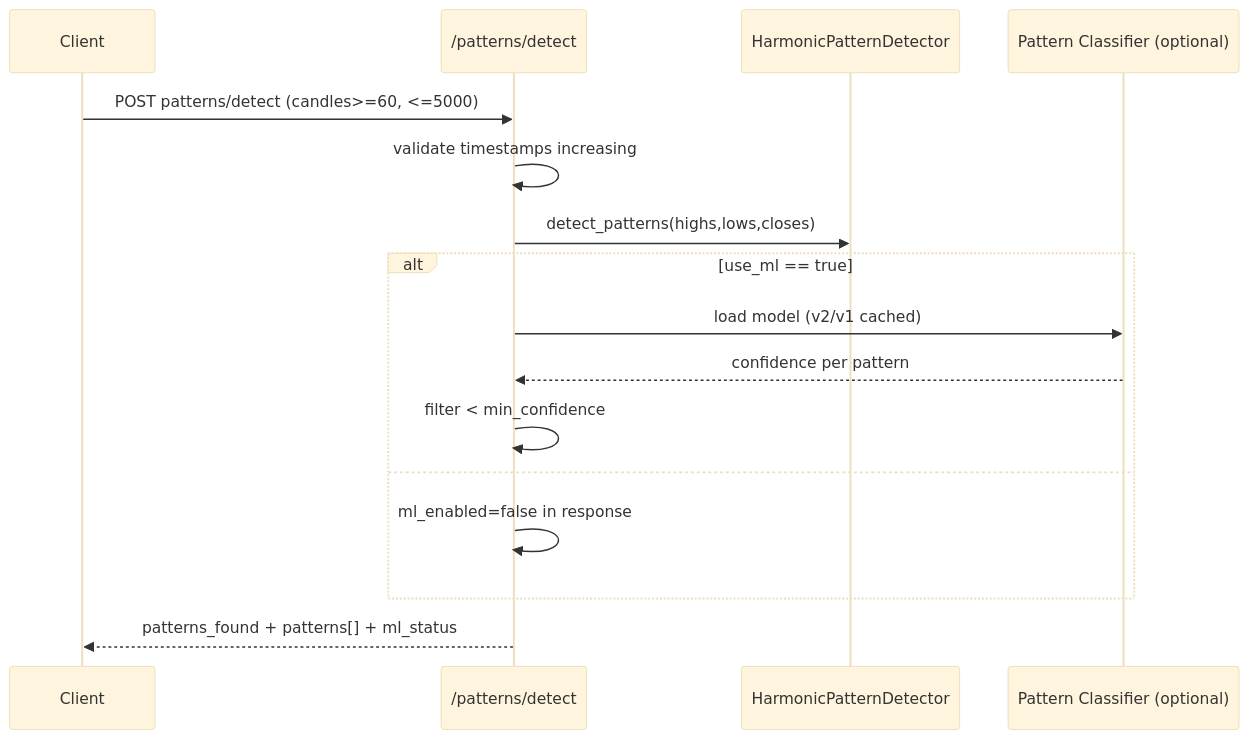
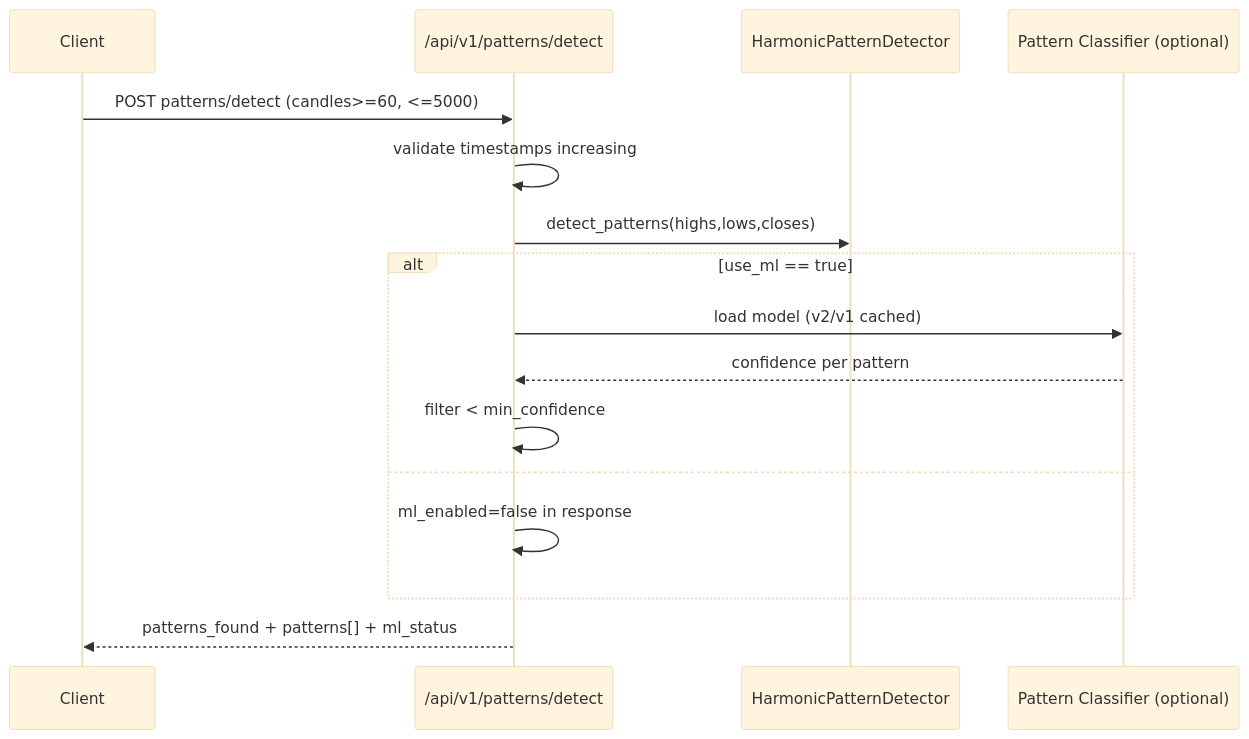
Before and after one commit to Shakour-Data/Gravity_TechnicalAnalysis: the second of 2 diagrams in docs/processes/PATTERN_DETECTION.md, drawn with Mermaid (base theme). The commit also changed 7 other files, not shown here.

````diff
--- a/docs/processes/PATTERN_DETECTION.md
+++ b/docs/processes/PATTERN_DETECTION.md
@@ -20,19 +20,19 @@
 ```mermaid
 sequenceDiagram
     participant C as Client
-    participant A as /patterns/detect
+    participant A as /api/v1/patterns/detect
     participant D as HarmonicPatternDetector
     participant M as Pattern Classifier (optional)
 
     C->>A: POST patterns/detect (candles>=60, <=5000)
     A->>A: validate timestamps increasing
     A->>D: detect_patterns(highs,lows,closes)
     alt use_ml == true
         A->>M: load model (v2/v1 cached)
         M-->>A: confidence per pattern
         A->>A: filter < min_confidence
     else
         A->>A: ml_enabled=false in response
     end
     A-->>C: patterns_found + patterns[] + ml_status
 ```
````
